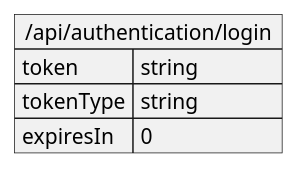
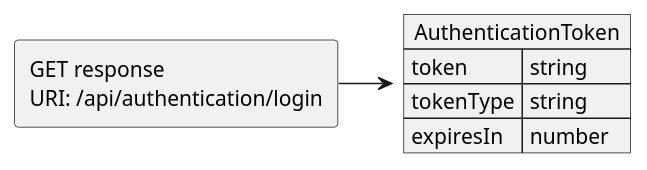
The diagram in docs/JSON Contracts/Responses/AuthenticationToken.puml (JKMN-Projects/TeamTactics), drawn with PlantUML before and after one commit. The commit also changed 20 other files, not shown here.

```diff
--- a/docs/JSON Contracts/Responses/AuthenticationToken.puml
+++ b/docs/JSON Contracts/Responses/AuthenticationToken.puml
@@ -1,9 +1,12 @@
-@startuml Authentication Token Response
+@startuml Authentication token response
+allowmixing
 
-json "/api/authentication/login" as authenticationTokenResponse {
+agent "GET response \nURI: /api/authentication/login"
+  json "AuthenticationToken" as J {
     "token": "string",
     "tokenType": "string",
-    "expiresIn": 0
-}
+    "expiresIn": "number"
+  }
 
+"GET response \nURI: /api/authentication/login" -> J 
 @enduml
```
